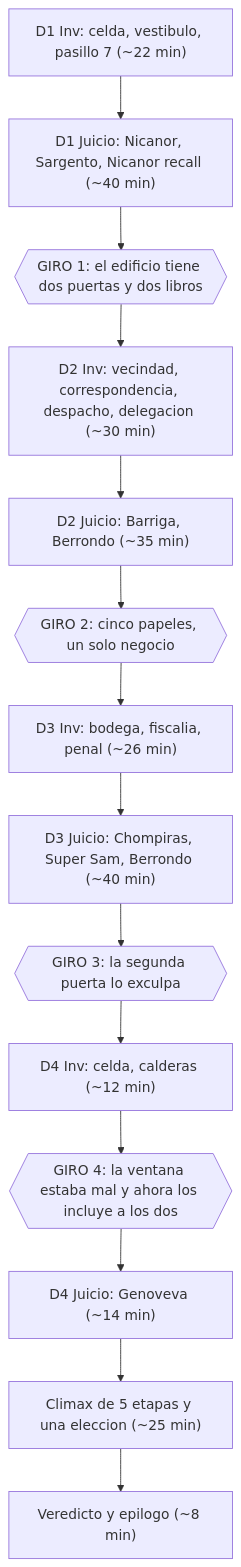
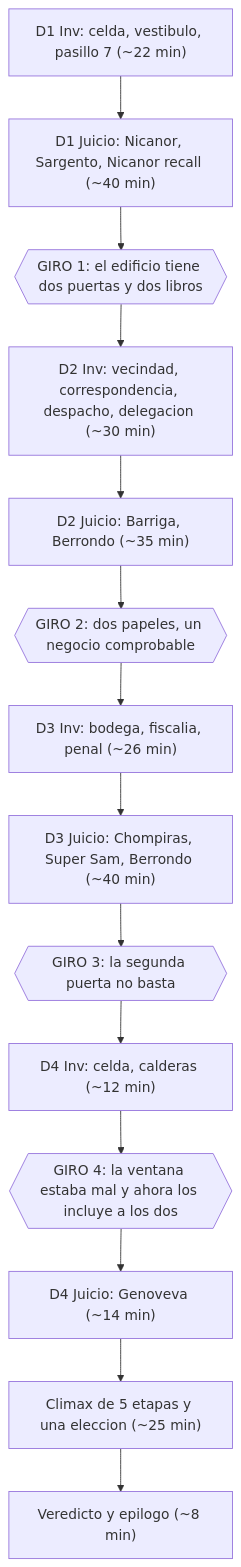
One commit to luisoncpp/aa-chapulin changed the diagram in docs/specs/case-5-el-tomo-trece.md. Above: the diagram before and after it, drawn with Mermaid. The commit also changed other lines of this file and 57 other files, not shown here.

````diff
--- a/docs/specs/case-5-el-tomo-trece.md
+++ b/docs/specs/case-5-el-tomo-trece.md
@@ -372,18 +373,18 @@
 ```mermaid
 flowchart TD
     I1["D1 Inv: celda, vestibulo, pasillo 7 (~22 min)"]
     T1["D1 Juicio: Nicanor, Sargento, Nicanor recall (~40 min)"]
     G1{{"GIRO 1: el edificio tiene dos puertas y dos libros"}}
     I2["D2 Inv: vecindad, correspondencia, despacho, delegacion (~30 min)"]
     T2["D2 Juicio: Barriga, Berrondo (~35 min)"]
-    G2{{"GIRO 2: cinco papeles, un solo negocio"}}
+    G2{{"GIRO 2: dos papeles, un negocio comprobable"}}
     I3["D3 Inv: bodega, fiscalia, penal (~26 min)"]
     T3["D3 Juicio: Chompiras, Super Sam, Berrondo (~40 min)"]
-    G3{{"GIRO 3: la segunda puerta lo exculpa"}}
+    G3{{"GIRO 3: la segunda puerta no basta"}}
     I4["D4 Inv: celda, calderas (~12 min)"]
     G4{{"GIRO 4: la ventana estaba mal y ahora los incluye a los dos"}}
     T4["D4 Juicio: Genoveva (~14 min)"]
     CL["Climax de 5 etapas y una eleccion (~25 min)"]
     EP["Veredicto y epilogo (~8 min)"]
     I1 --> T1 --> G1 --> I2 --> T2 --> G2 --> I3 --> T3 --> G3 --> I4 --> G4 --> T4 --> CL --> EP
 ```
````
